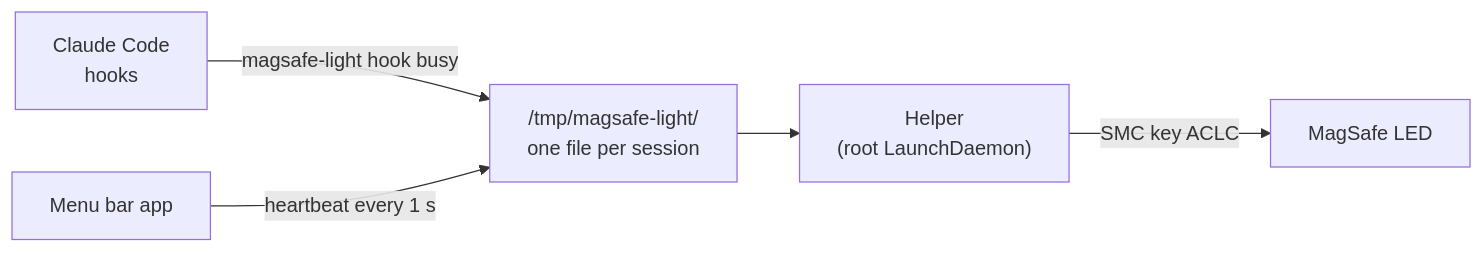
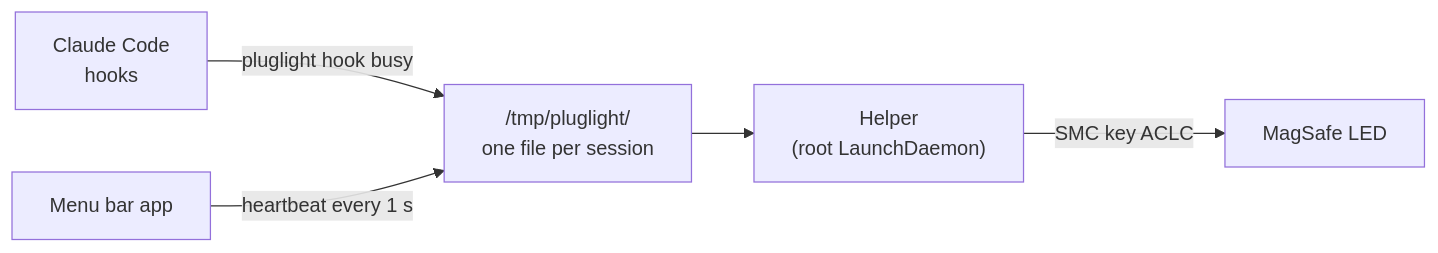
One commit to onelenyk/pluglight changed the diagram in README.md. Above: the diagram before and after it, drawn with Mermaid. The commit also changed other lines of this file and 21 other files, not shown here.

````diff
--- a/README.md
+++ b/README.md
@@ -96,7 +96,7 @@
 ```mermaid
 flowchart LR
-    A["Claude Code<br/>hooks"] -->|"magsafe-light hook busy"| B["/tmp/magsafe-light/<br/>one file per session"]
+    A["Claude Code<br/>hooks"] -->|"pluglight hook busy"| B["/tmp/pluglight/<br/>one file per session"]
     C["Menu bar app"] -->|"heartbeat every 1 s"| B
     B --> D["Helper<br/>(root LaunchDaemon)"]
     D -->|"SMC key ACLC"| E["MagSafe LED"]
 ```
````
